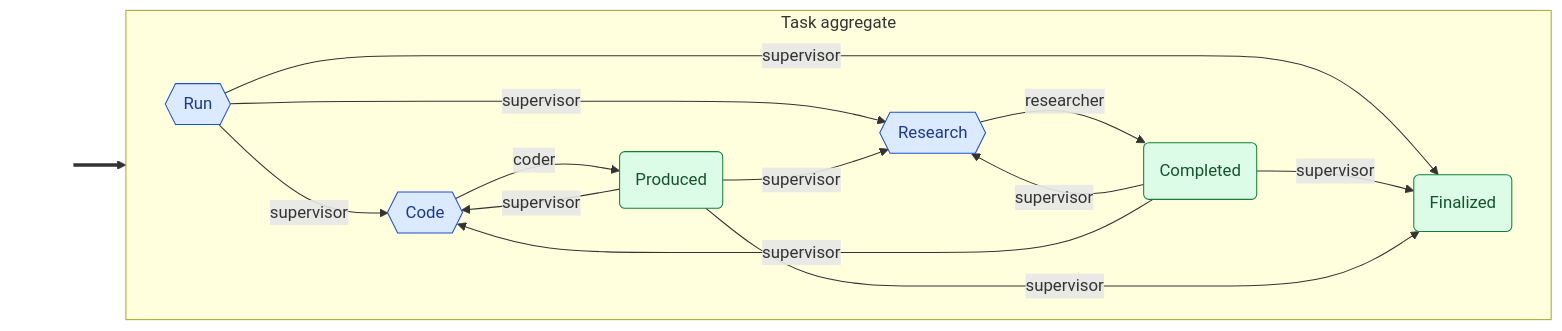
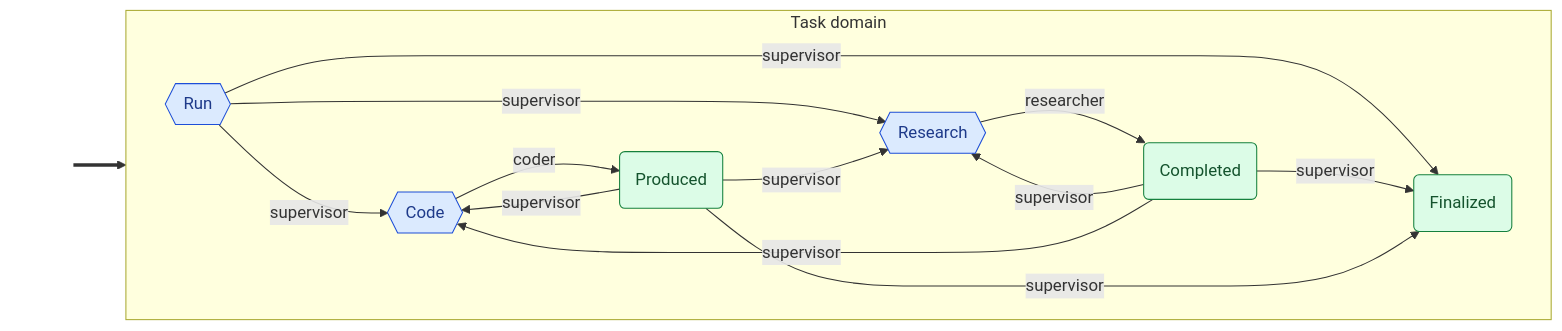
Before and after one commit to cadance-io/langgraph-events: the second of 2 diagrams in examples/supervisor.graph.md, drawn with Mermaid. The commit also changed other lines of this file and 43 other files, not shown here.

First line of the commit message:
feat: rename Aggregate→Domain, add post-command invariant check, reroute invariants in mermaid

````diff
--- a/examples/supervisor.graph.md
+++ b/examples/supervisor.graph.md
@@ -43,32 +44,32 @@
 ```mermaid
 graph LR
     classDef entry fill:none,stroke:none,color:none
     classDef cmd fill:#dbeafe,stroke:#1d4ed8,color:#1e3a8a
     classDef devt fill:#dcfce7,stroke:#15803d,color:#14532d
     classDef intg fill:#ede9fe,stroke:#6d28d9,color:#4c1d95
     classDef syst fill:#fef3c7,stroke:#b45309,color:#78350f
     classDef halt fill:#fef3c7,stroke:#b45309,color:#78350f,stroke-width:3px,stroke-dasharray:4 2
     classDef inv fill:#ffedd5,stroke:#c2410c,color:#7c2d12
-    subgraph Task["Task aggregate"]
+    subgraph Task["Task domain"]
         direction LR
         Code{{Code}}:::cmd
         Completed(Completed):::devt
         Finalized(Finalized):::devt
         Produced(Produced):::devt
         Research{{Research}}:::cmd
         Run{{Run}}:::cmd
     end
     _e0_[ ]:::entry ==> Run
     Run -->|supervisor| Research
     Run -->|supervisor| Code
     Run -->|supervisor| Finalized
     Completed -->|supervisor| Research
     Completed -->|supervisor| Code
     Completed -->|supervisor| Finalized
     Produced -->|supervisor| Research
     Produced -->|supervisor| Code
     Produced -->|supervisor| Finalized
     Research -->|researcher| Completed
     Code -->|coder| Produced
 %% Side-effect handlers: audit_trail (Auditable)
 ```
````
